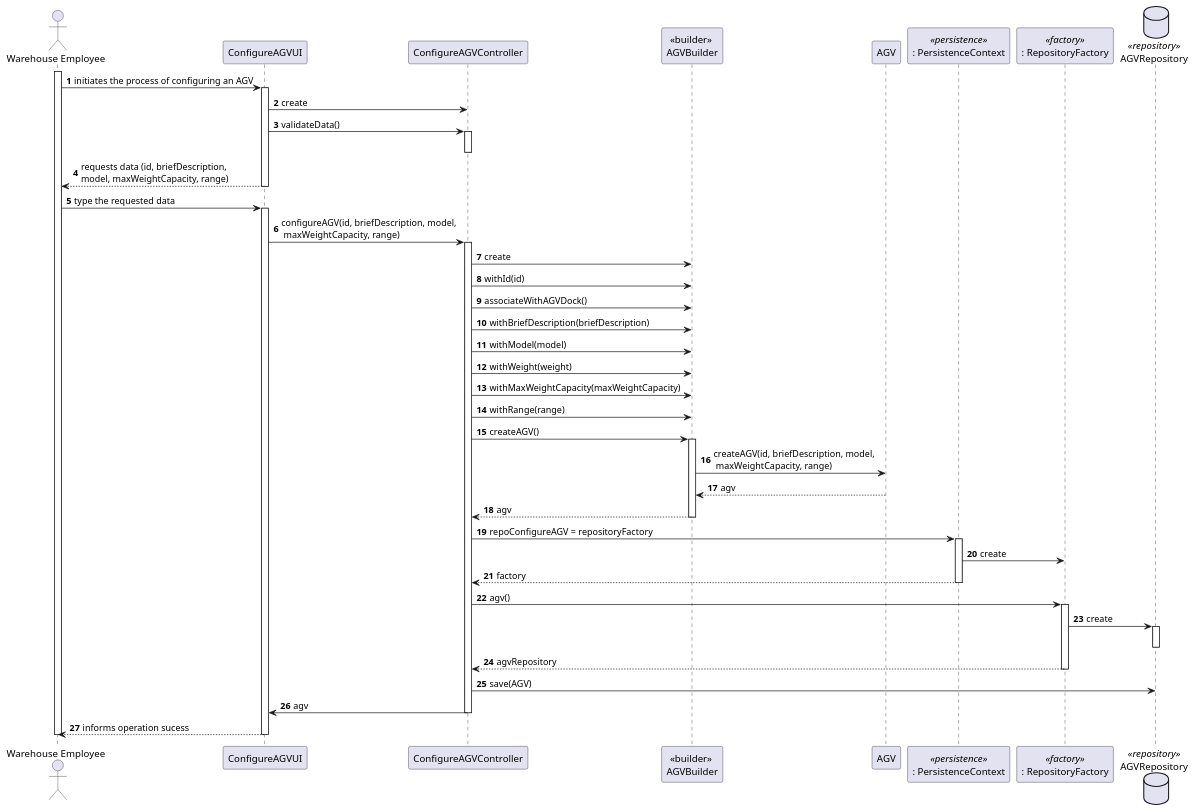
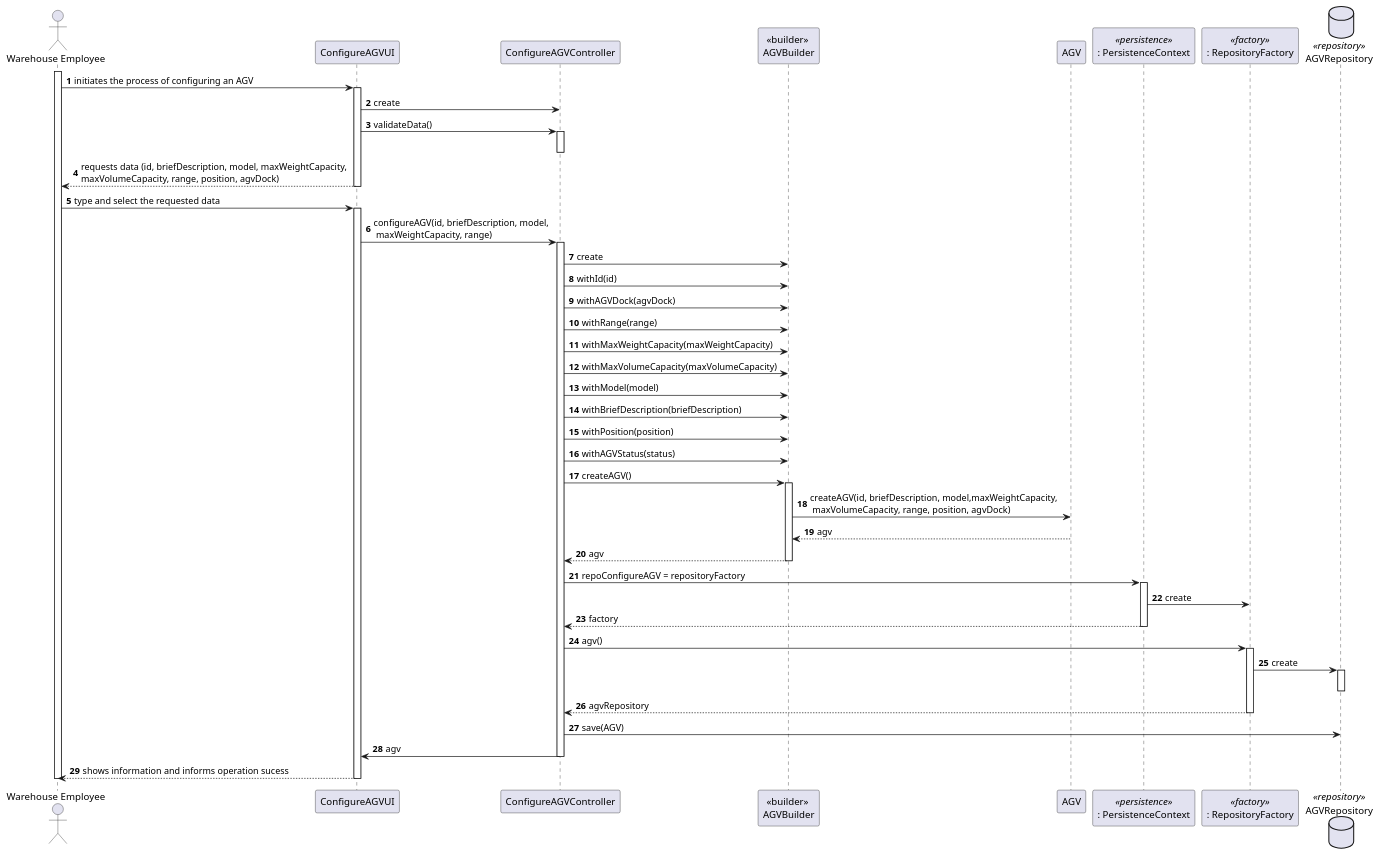
One commit to 0franciscor/lei21_22_s4_2de_01 changed the diagram in docs/1201382/US2002/US2002_SD.puml. Above: the diagram before and after it, drawn with PlantUML. The commit also changed 14 other files, not shown here.

```diff
--- a/docs/1201382/US2002/US2002_SD.puml
+++ b/docs/1201382/US2002/US2002_SD.puml
@@ -1,62 +1,64 @@
 @startuml
 autonumber
 actor "Warehouse Employee" as WE
 participant "ConfigureAGVUI" as UI
 participant "ConfigureAGVController" as CTR
 participant "<<builder>> \nAGVBuilder" as BUILDER
 participant "AGV" as AGV
 participant ": PersistenceContext" as PERS <<persistence>>
 participant ": RepositoryFactory" as FAC <<factory>>
 
 database AGVRepository as REP <<repository>>
 
 activate WE
 WE -> UI : initiates the process of configuring an AGV
 activate UI
 UI -> CTR : create
 
 UI -> CTR : validateData()
 activate CTR
 deactivate CTR
-UI --> WE : requests data (id, briefDescription, \nmodel, maxWeightCapacity, range)
+UI --> WE : requests data (id, briefDescription, model, maxWeightCapacity, \nmaxVolumeCapacity, range, position, agvDock)
 deactivate UI
-WE -> UI : type the requested data
+WE -> UI : type and select the requested data
 activate UI
 UI -> CTR : configureAGV(id, briefDescription, model,\n maxWeightCapacity, range)
 activate CTR
 CTR -> BUILDER : create
 CTR -> BUILDER : withId(id)
-CTR -> BUILDER : associateWithAGVDock()
+CTR -> BUILDER : withAGVDock(agvDock)
+CTR -> BUILDER : withRange(range)
+CTR -> BUILDER : withMaxWeightCapacity(maxWeightCapacity)
+CTR -> BUILDER : withMaxVolumeCapacity(maxVolumeCapacity)
+CTR -> BUILDER : withModel(model)
 CTR -> BUILDER : withBriefDescription(briefDescription)
-CTR -> BUILDER : withModel(model)
-CTR -> BUILDER : withWeight(weight)
-CTR -> BUILDER : withMaxWeightCapacity(maxWeightCapacity)
-CTR -> BUILDER : withRange(range)
+CTR -> BUILDER : withPosition(position)
+CTR -> BUILDER : withAGVStatus(status)
 CTR -> BUILDER : createAGV()
 activate BUILDER
-BUILDER -> AGV : createAGV(id, briefDescription, model,\n maxWeightCapacity, range)
+BUILDER -> AGV : createAGV(id, briefDescription, model,maxWeightCapacity, \n maxVolumeCapacity, range, position, agvDock)
 AGV --> BUILDER : agv
 BUILDER --> CTR : agv
 deactivate BUILDER
 CTR -> PERS : repoConfigureAGV = repositoryFactory
 activate PERS
 PERS -> FAC : create
 PERS --> CTR : factory
 deactivate PERS
 CTR -> FAC : agv()
 activate FAC
 FAC -> REP : create
 activate REP
 deactivate REP
 FAC --> CTR : agvRepository
 deactivate FAC
 CTR -> REP : save(AGV)
 CTR -> UI : agv
 deactivate CTR
 
-UI --> WE : informs operation sucess
+UI --> WE : shows information and informs operation sucess
 deactivate UI
 
 deactivate WE
 
 @enduml
```
